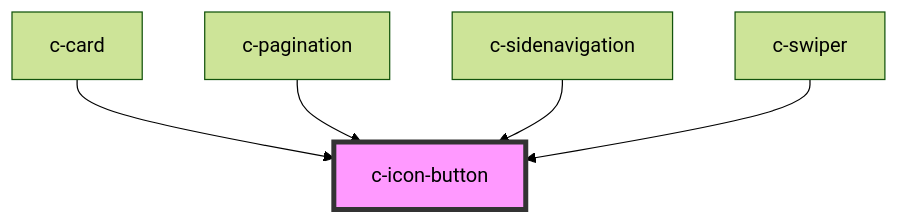
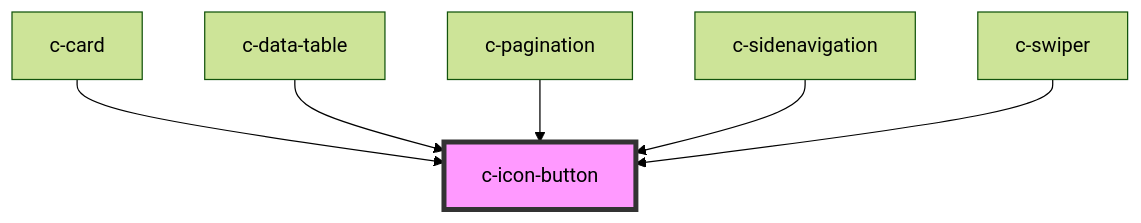
The diagram in src/components/c-icon-button/readme.md (hannyle/csc-ui), drawn with Mermaid (forest theme) before and after one commit. The commit also changed other lines of this file and 22 other files, not shown here.

````diff
--- a/src/components/c-icon-button/readme.md
+++ b/src/components/c-icon-button/readme.md
@@ -39,8 +40,9 @@
 ```mermaid
 graph TD;
   c-card --> c-icon-button
+  c-data-table --> c-icon-button
   c-pagination --> c-icon-button
   c-sidenavigation --> c-icon-button
   c-swiper --> c-icon-button
   style c-icon-button fill:#f9f,stroke:#333,stroke-width:4px
 ```
````
